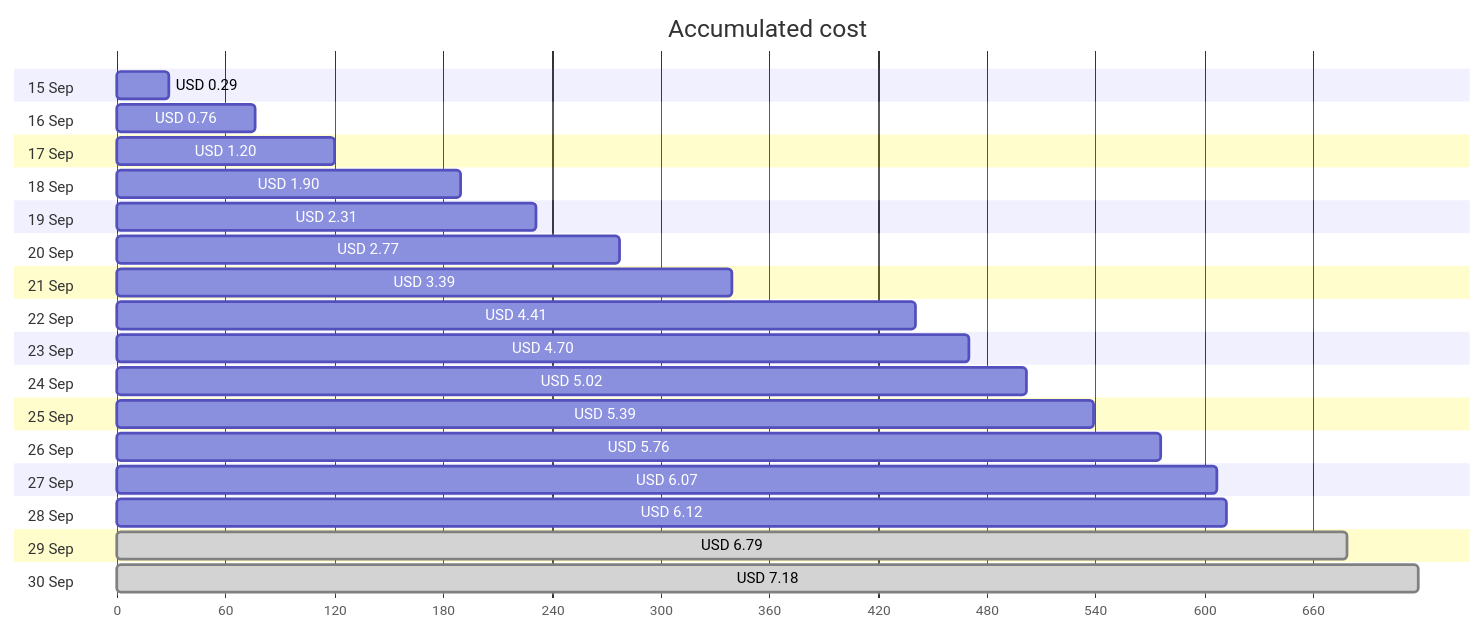
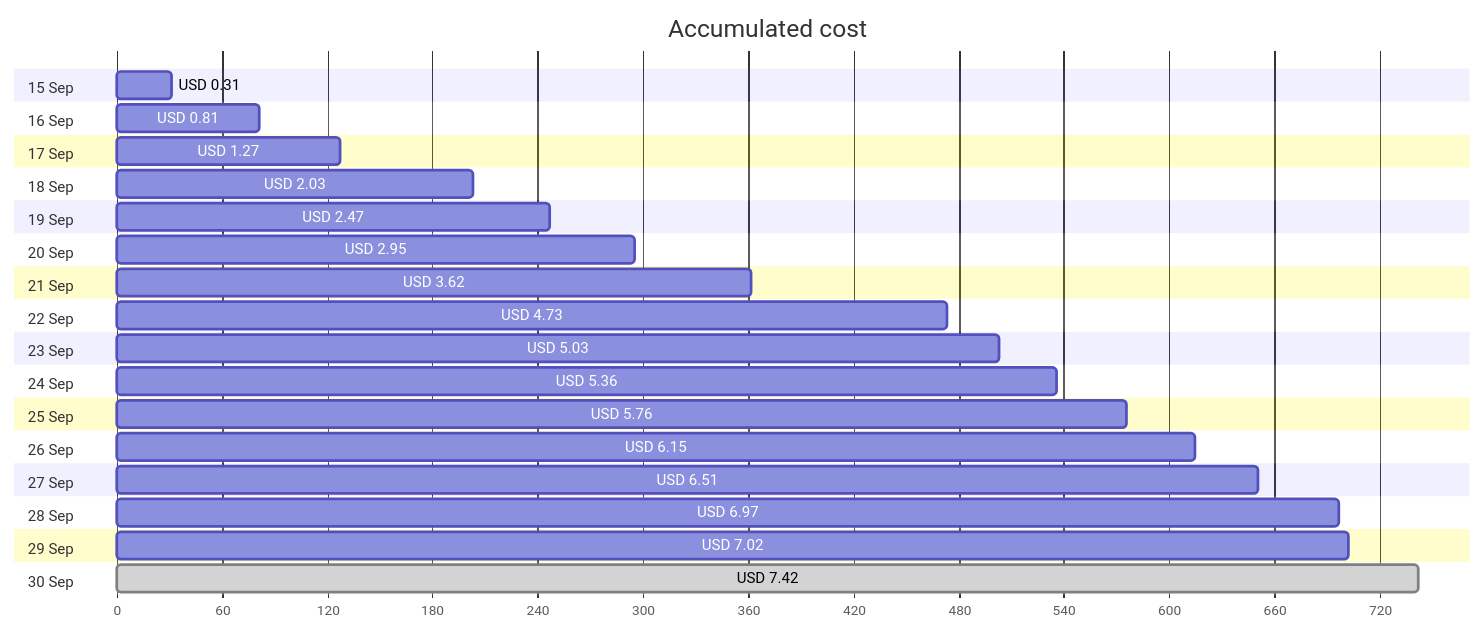
Before and after one commit to jpfulton/azure-personal-reports: the first of 4 diagrams in cost-reports/personal-network/vpn-server.md, drawn with Mermaid. The commit also changed other lines of this file and 9 other files, not shown here.

````diff
--- a/cost-reports/personal-network/vpn-server.md
+++ b/cost-reports/personal-network/vpn-server.md
@@ -20,38 +20,38 @@
 ```mermaid
 gantt
    title Accumulated cost
    dateFormat  X
    axisFormat %s
    section 15 Sep
-   USD 0.29 :0, 29
+   USD 0.31 :0, 31
    section 16 Sep
-   USD 0.76 :0, 76
+   USD 0.81 :0, 81
    section 17 Sep
-   USD 1.20 :0, 120
+   USD 1.27 :0, 127
    section 18 Sep
-   USD 1.90 :0, 190
+   USD 2.03 :0, 203
    section 19 Sep
-   USD 2.31 :0, 231
+   USD 2.47 :0, 247
    section 20 Sep
-   USD 2.77 :0, 277
+   USD 2.95 :0, 295
    section 21 Sep
-   USD 3.39 :0, 339
+   USD 3.62 :0, 362
    section 22 Sep
-   USD 4.41 :0, 441
+   USD 4.73 :0, 473
    section 23 Sep
-   USD 4.70 :0, 470
+   USD 5.03 :0, 503
    section 24 Sep
-   USD 5.02 :0, 502
+   USD 5.36 :0, 536
    section 25 Sep
-   USD 5.39 :0, 539
+   USD 5.76 :0, 576
    section 26 Sep
-   USD 5.76 :0, 576
+   USD 6.15 :0, 615
    section 27 Sep
-   USD 6.07 :0, 607
+   USD 6.51 :0, 651
    section 28 Sep
-   USD 6.12 :0, 612
+   USD 6.97 :0, 697
    section 29 Sep
-   USD 6.79 : done, 0, 679
+   USD 7.02 :0, 702
    section 30 Sep
-   USD 7.18 : done, 0, 718
+   USD 7.42 : done, 0, 742
 ```
````
